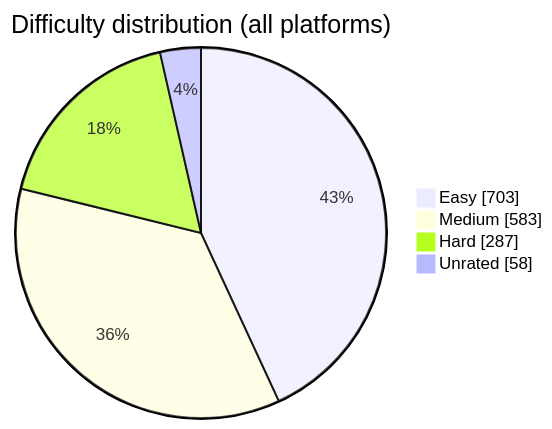
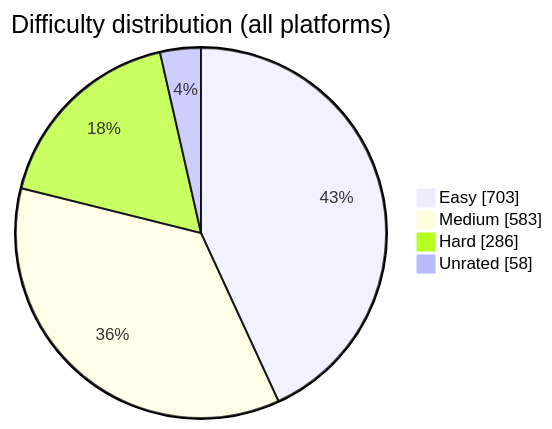
The diagram in README.md (BuildbyArindam/Daily-Coding-Log), drawn with Mermaid before and after one commit. The commit also changed other lines of this file, not shown here.

````diff
--- a/README.md
+++ b/README.md
@@ -93,7 +93,7 @@
 ```mermaid
 pie showData title Difficulty distribution (all platforms)
     "Easy" : 703
     "Medium" : 583
-    "Hard" : 287
+    "Hard" : 286
     "Unrated" : 58
 ```
````
